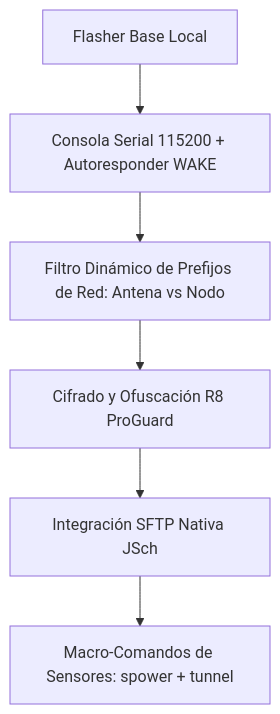
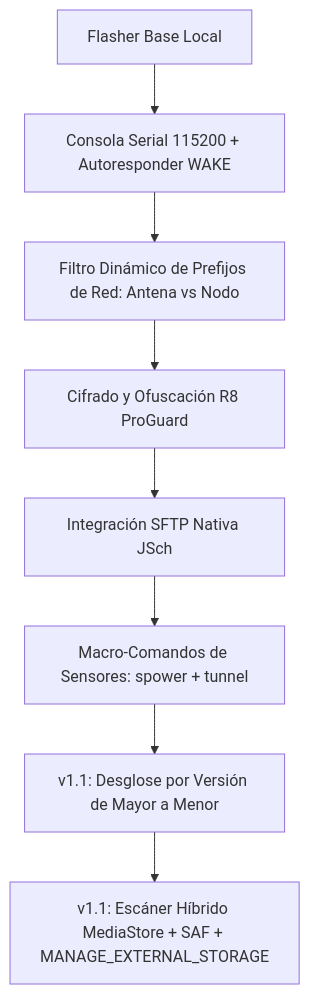
The diagram in especificacion_tecnica_jenniclink.md (Kmazu/jenniclink-pro), drawn with Mermaid before and after one commit. The commit also changed other lines of this file and 8 other files, not shown here.

Commit message:
feat: JennicLink Pro v1.1.0 - desglose por version, escaneo MediaStore, SAF file picker, boton sleep y documentacion

````diff
--- a/especificacion_tecnica_jenniclink.md
+++ b/especificacion_tecnica_jenniclink.md
@@ -59,8 +60,10 @@
 ```mermaid
 graph TD
     A[Flasher Base Local] --> B[Consola Serial 115200 + Autoresponder WAKE]
     B --> C[Filtro Dinámico de Prefijos de Red: Antena vs Nodo]
     C --> D[Cifrado y Ofuscación R8 ProGuard]
     D --> E[Integración SFTP Nativa JSch]
     E --> F[Macro-Comandos de Sensores: spower + tunnel]
+    F --> G[v1.1: Desglose por Versión de Mayor a Menor]
+    G --> H[v1.1: Escáner Híbrido MediaStore + SAF + MANAGE_EXTERNAL_STORAGE]
 ```
````
